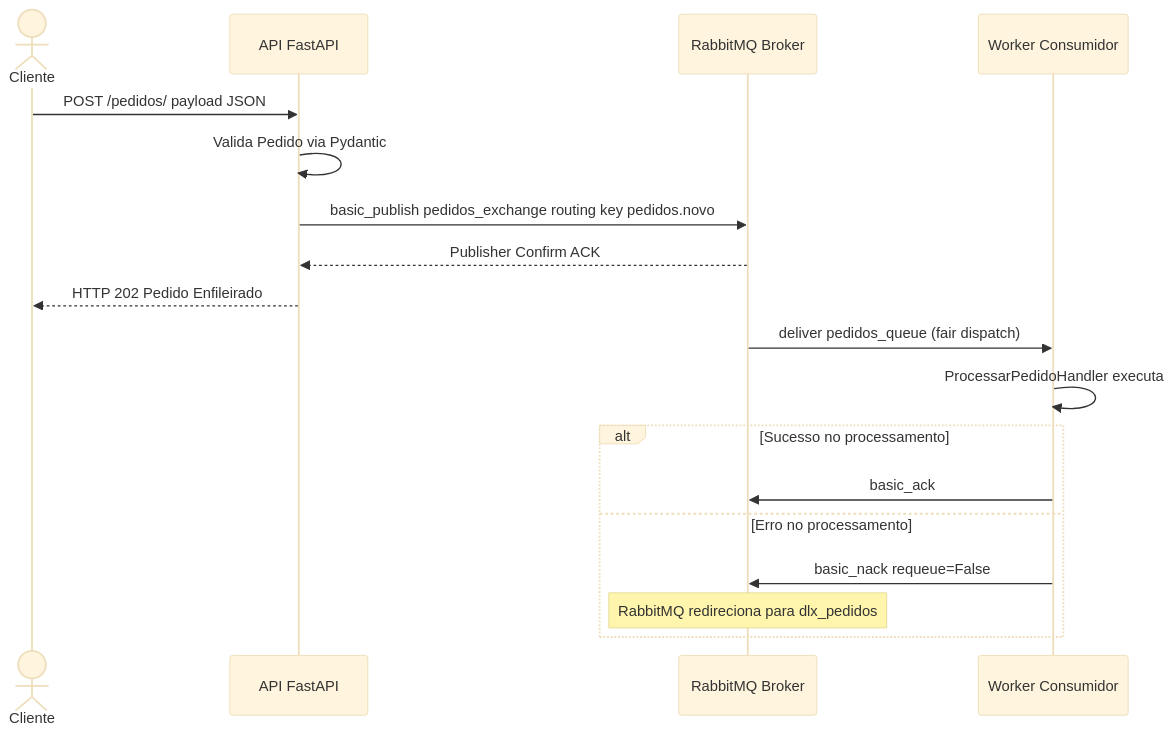
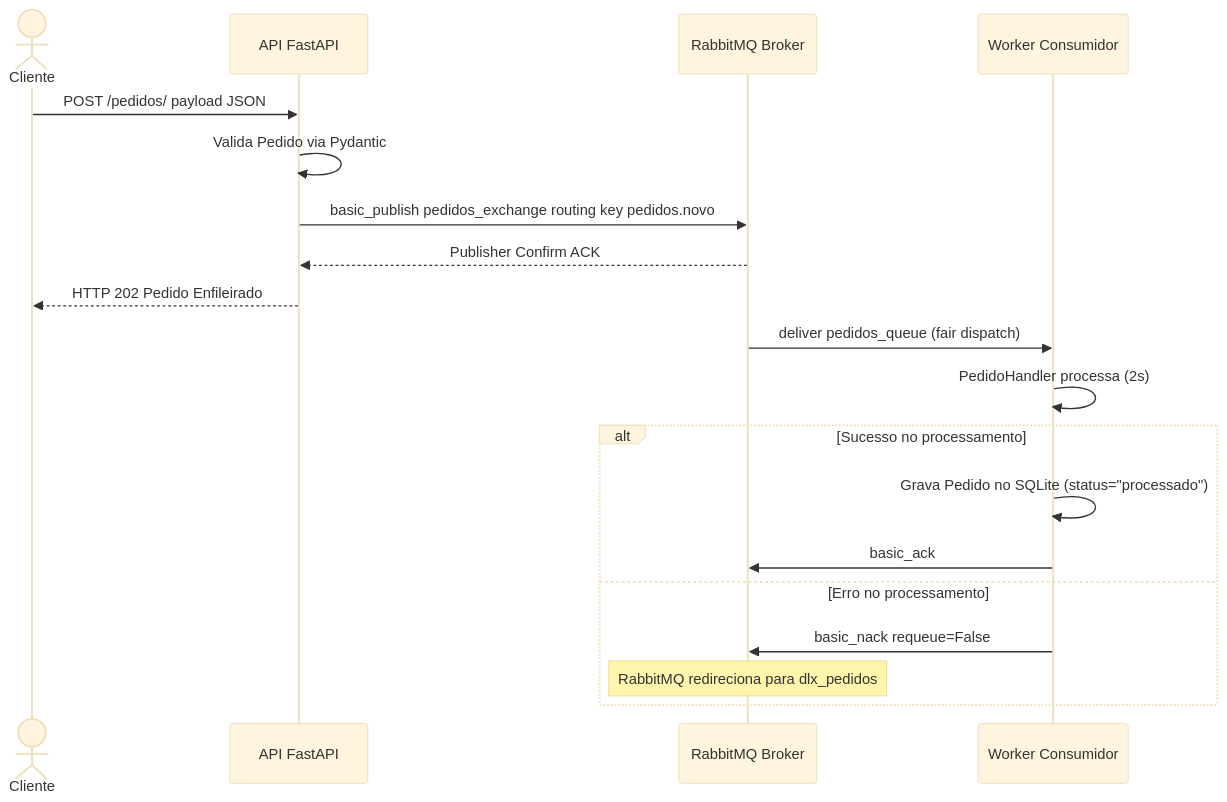
The diagram in .ai-instructions/01-introducao.md (HiagoAdao/comp-dist-rabbitmq-ai-challenge), drawn with Mermaid (base theme) before and after one commit. The commit also changed other lines of this file and 6 other files, not shown here.

````diff
--- a/.ai-instructions/01-introducao.md
+++ b/.ai-instructions/01-introducao.md
@@ -20,22 +24,23 @@
 ```mermaid
 sequenceDiagram
     actor C as Cliente
     participant A as API FastAPI
     participant R as RabbitMQ Broker
     participant W as Worker Consumidor
 
     C->>A: POST /pedidos/ payload JSON
     A->>A: Valida Pedido via Pydantic
     A->>R: basic_publish pedidos_exchange routing key pedidos.novo
     R-->>A: Publisher Confirm ACK
     A-->>C: HTTP 202 Pedido Enfileirado
 
     R->>W: deliver pedidos_queue (fair dispatch)
-    W->>W: ProcessarPedidoHandler executa
+    W->>W: PedidoHandler processa (2s)
     alt Sucesso no processamento
+        W->>W: Grava Pedido no SQLite (status="processado")
         W->>R: basic_ack
     else Erro no processamento
         W->>R: basic_nack requeue=False
         Note over R: RabbitMQ redireciona para dlx_pedidos
     end
 ```
````
